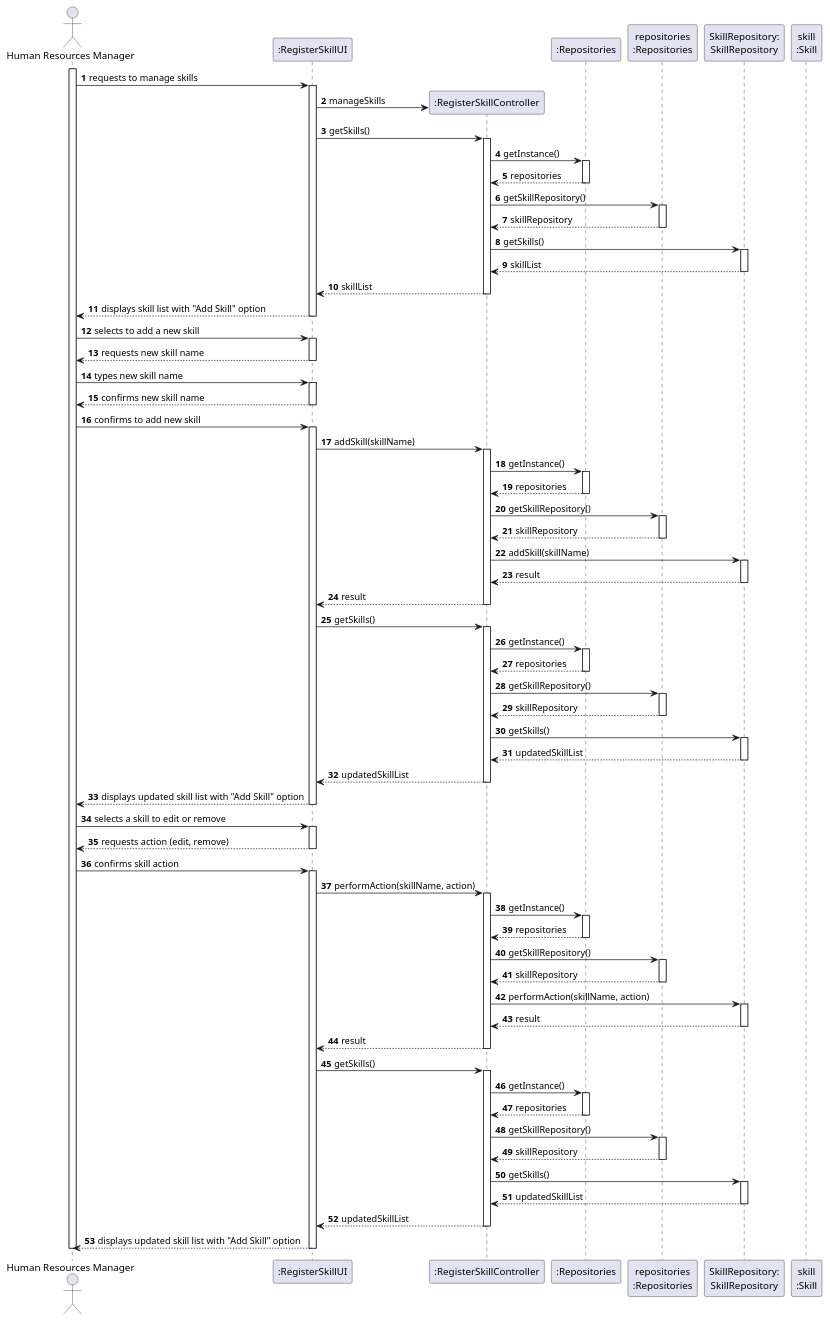
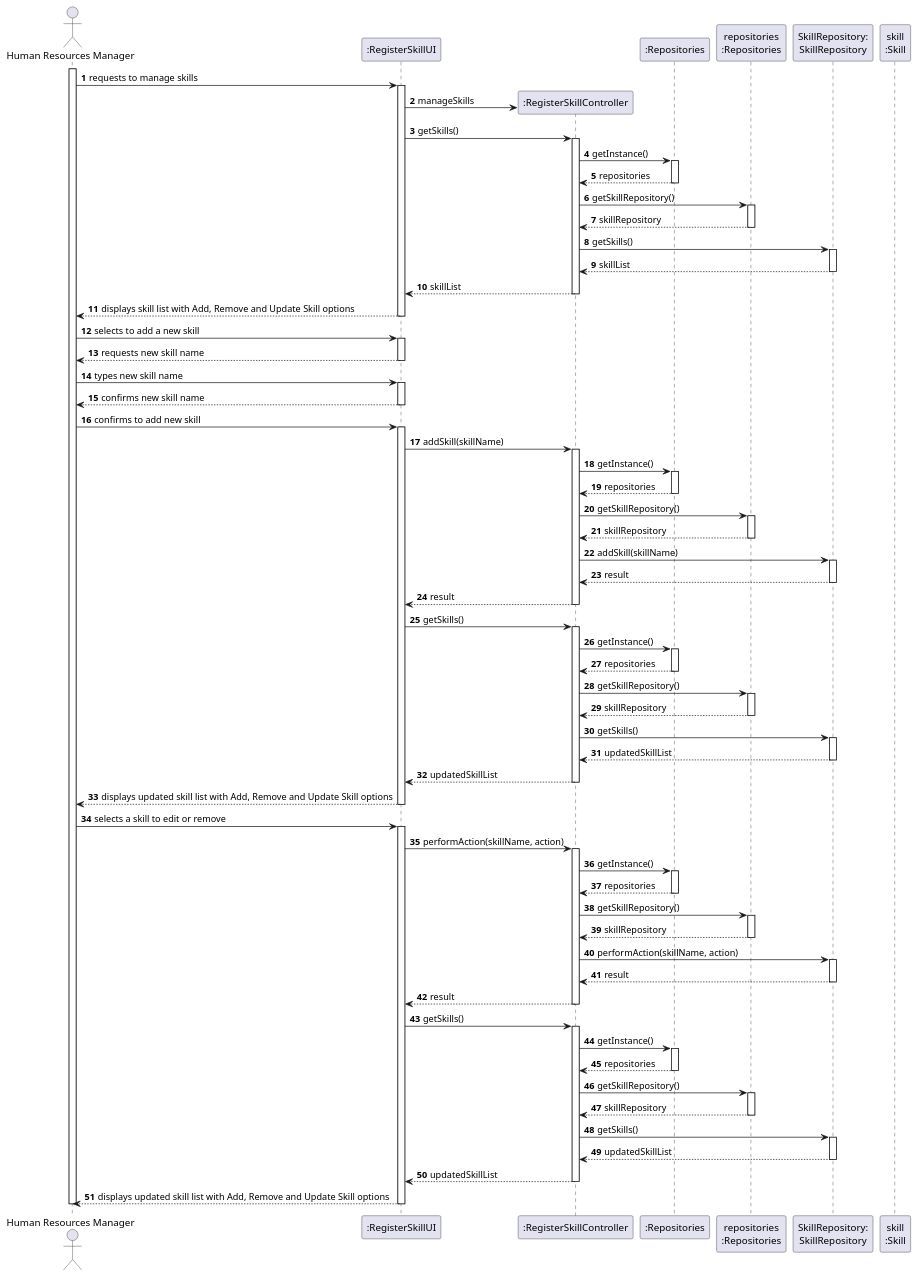
One commit to Departamento-de-Engenharia-Informatica/greenspace-management changed the diagram in docs/sprintB/us001/03.design/puml/us001-sequence-diagram-full.puml. Above: the diagram before and after it, drawn with PlantUML. The commit also changed 8 other files, not shown here.

```diff
--- a/docs/sprintB/us001/03.design/puml/us001-sequence-diagram-full.puml
+++ b/docs/sprintB/us001/03.design/puml/us001-sequence-diagram-full.puml
@@ -1,181 +1,175 @@
 @startuml
 
 'skinparam monochrome true
 skinparam packageStyle rectangle
 skinparam shadowing false
 
 autonumber
 
 'hide footbox
 actor "Human Resources Manager" as ADM
 participant ":RegisterSkillUI" as UI
 participant ":RegisterSkillController" as CTRL
 participant ":Repositories" as RepositorySingleton
 participant "repositories\n:Repositories" as PLAT
 participant "SkillRepository:\nSkillRepository" as SkillRepository
 participant "skill\n:Skill" as SKILL
 
 activate ADM
 
     ADM -> UI : requests to manage skills
 
     activate UI
 
         UI -> CTRL** : manageSkills
 
         UI -> CTRL : getSkills()
         activate CTRL
 
             CTRL -> RepositorySingleton : getInstance()
             activate RepositorySingleton
 
                 RepositorySingleton --> CTRL: repositories
             deactivate RepositorySingleton
 
             CTRL -> PLAT : getSkillRepository()
             activate PLAT
 
                 PLAT --> CTRL : skillRepository
             deactivate PLAT
 
             CTRL -> SkillRepository : getSkills()
             activate SkillRepository
 
                 SkillRepository --> CTRL : skillList
             deactivate SkillRepository
 
             CTRL --> UI : skillList
         deactivate CTRL
 
-        UI --> ADM : displays skill list with "Add Skill" option
+        UI --> ADM : displays skill list with Add, Remove and Update Skill options
     deactivate UI
 
     ADM -> UI : selects to add a new skill
     activate UI
 
         UI --> ADM : requests new skill name
     deactivate UI
 
     ADM -> UI : types new skill name
     activate UI
 
         UI --> ADM : confirms new skill name
     deactivate UI
 
     ADM -> UI : confirms to add new skill
     activate UI
 
         UI -> CTRL : addSkill(skillName)
         activate CTRL
 
             CTRL -> RepositorySingleton : getInstance()
             activate RepositorySingleton
 
                 RepositorySingleton --> CTRL: repositories
             deactivate RepositorySingleton
 
             CTRL -> PLAT : getSkillRepository()
             activate PLAT
 
                 PLAT --> CTRL : skillRepository
             deactivate PLAT
 
             CTRL -> SkillRepository : addSkill(skillName)
             activate SkillRepository
 
                 SkillRepository --> CTRL : result
             deactivate SkillRepository
 
             CTRL --> UI : result
         deactivate CTRL
 
         UI -> CTRL : getSkills()
         activate CTRL
 
             CTRL -> RepositorySingleton : getInstance()
             activate RepositorySingleton
 
                 RepositorySingleton --> CTRL: repositories
             deactivate RepositorySingleton
 
             CTRL -> PLAT : getSkillRepository()
             activate PLAT
 
                 PLAT --> CTRL : skillRepository
             deactivate PLAT
 
             CTRL -> SkillRepository : getSkills()
             activate SkillRepository
 
                 SkillRepository --> CTRL : updatedSkillList
             deactivate SkillRepository
 
             CTRL --> UI : updatedSkillList
         deactivate CTRL
 
-        UI --> ADM : displays updated skill list with "Add Skill" option
+        UI --> ADM : displays updated skill list with Add, Remove and Update Skill options
     deactivate UI
 
     ADM -> UI : selects a skill to edit or remove
-    activate UI
-
-        UI --> ADM : requests action (edit, remove)
-    deactivate UI
-
-    ADM -> UI : confirms skill action
     activate UI
 
         UI -> CTRL : performAction(skillName, action)
         activate CTRL
 
             CTRL -> RepositorySingleton : getInstance()
             activate RepositorySingleton
 
                 RepositorySingleton --> CTRL: repositories
             deactivate RepositorySingleton
 
             CTRL -> PLAT : getSkillRepository()
             activate PLAT
 
                 PLAT --> CTRL : skillRepository
             deactivate PLAT
 
             CTRL -> SkillRepository : performAction(skillName, action)
             activate SkillRepository
 
                 SkillRepository --> CTRL : result
             deactivate SkillRepository
 
             CTRL --> UI : result
         deactivate CTRL
 
         UI -> CTRL : getSkills()
         activate CTRL
 
             CTRL -> RepositorySingleton : getInstance()
             activate RepositorySingleton
 
                 RepositorySingleton --> CTRL: repositories
             deactivate RepositorySingleton
 
             CTRL -> PLAT : getSkillRepository()
             activate PLAT
 
                 PLAT --> CTRL : skillRepository
             deactivate PLAT
 
             CTRL -> SkillRepository : getSkills()
             activate SkillRepository
 
                 SkillRepository --> CTRL : updatedSkillList
             deactivate SkillRepository
 
             CTRL --> UI : updatedSkillList
         deactivate CTRL
 
-        UI --> ADM : displays updated skill list with "Add Skill" option
+        UI --> ADM : displays updated skill list with Add, Remove and Update Skill options
     deactivate UI
 
 deactivate ADM
 
 @enduml
```
